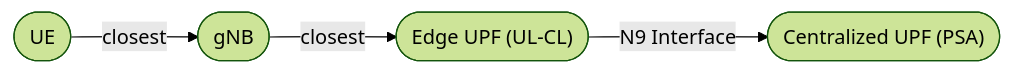
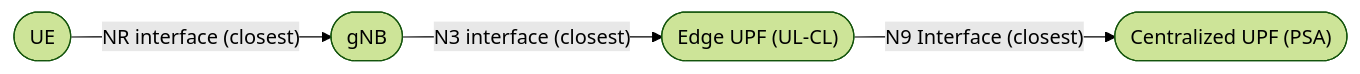
The diagram in docs/scenarios/two_tier_architecture/setup.md (Fundacio-i2CAT/PLMN-GraphSim), drawn with Mermaid (forest theme) before and after one commit. The commit also changed 2 other files, not shown here.

Commit message:
Update diagrams

````diff
--- a/docs/scenarios/two_tier_architecture/setup.md
+++ b/docs/scenarios/two_tier_architecture/setup.md
@@ -10,11 +10,10 @@
 ```mermaid
 graph LR
     UE([UE])
     gNB([gNB])
     EdgeUPF(["Edge UPF (UL-CL)"])
     PSA(["Centralized UPF (PSA)"])
-
-    UE -- closest --> gNB
-    gNB -- closest --> EdgeUPF
-    EdgeUPF -- N9 Interface --> PSA
+    UE -- NR interface (closest) --> gNB
+    gNB -- N3 interface (closest) --> EdgeUPF
+    EdgeUPF -- N9 Interface (closest) --> PSA
 ```
````
